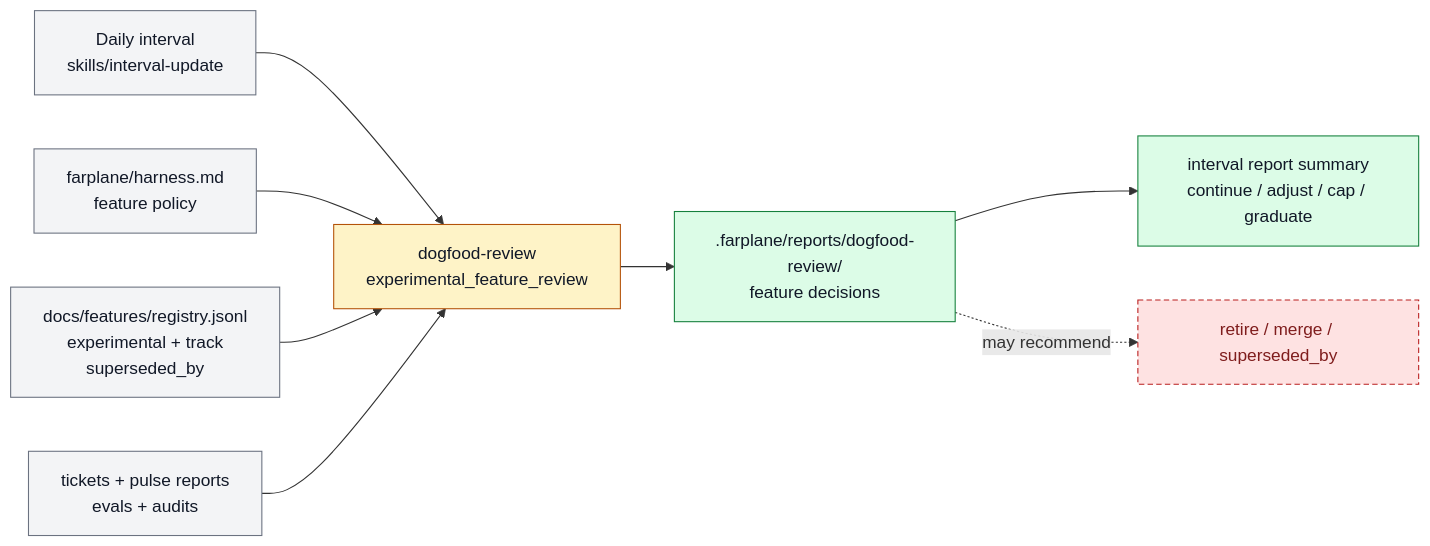
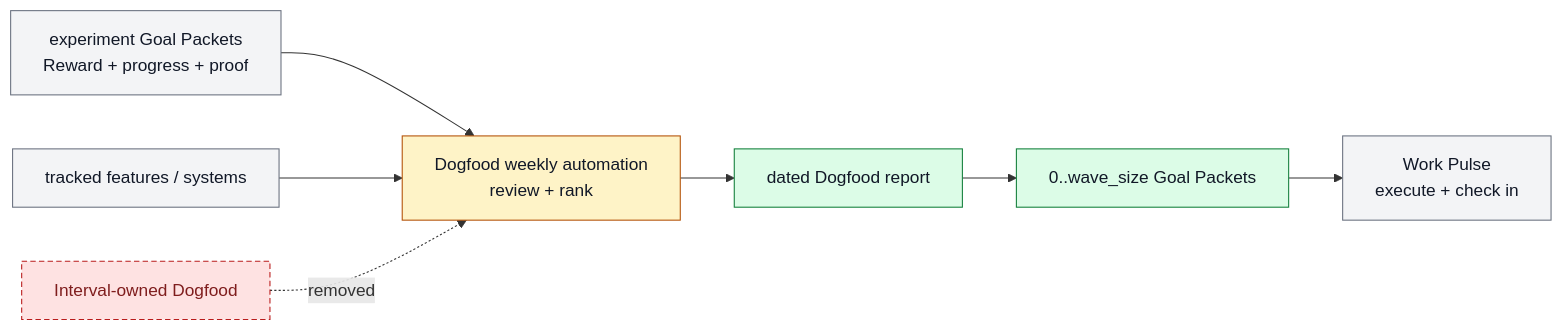
Before and after one commit to ZanarkandTechnologies/Farplane: the diagram in docs/features/FEAT-0070-experimental-feature-evaluation-reports.md, drawn with Mermaid. The commit also changed other lines of this file and 84 other files, not shown here.

Commit message:
refactor(automation): split pulse reporting and improvement lanes

````diff
--- a/docs/features/FEAT-0070-experimental-feature-evaluation-reports.md
+++ b/docs/features/FEAT-0070-experimental-feature-evaluation-reports.md
@@ -111,24 +123,20 @@
 ```mermaid
 flowchart LR
   classDef keep fill:#f3f4f6,stroke:#6b7280,color:#111827
   classDef changed fill:#fef3c7,stroke:#b45309,color:#111827
   classDef added fill:#dcfce7,stroke:#15803d,color:#111827
   classDef retired fill:#fee2e2,stroke:#b91c1c,color:#7f1d1d,stroke-dasharray: 5 3
 
-  daily["Daily interval<br/>skills/interval-update"]:::keep
-  dogfood["dogfood-review<br/>experimental_feature_review"]:::changed
-  policy["farplane/harness.md<br/>feature policy"]:::keep
-  registry["docs/features/registry.jsonl<br/>experimental + track<br/>superseded_by"]:::keep
-  evidence["tickets + pulse reports<br/>evals + audits"]:::keep
-  report[".farplane/reports/dogfood-review/<br/>feature decisions"]:::added
-  guidance["interval report summary<br/>continue / adjust / cap / graduate"]:::added
-  retiredFeature["retire / merge / superseded_by"]:::retired
+  experiments["experiment Goal Packets<br/>Reward + progress + proof"]:::keep
+  registry["tracked features / systems"]:::keep
+  dogfood["Dogfood weekly automation<br/>review + rank"]:::changed
+  report["dated Dogfood report"]:::added
+  packet["0..wave_size Goal Packets"]:::added
+  pulse["Work Pulse<br/>execute + check in"]:::keep
+  interval["Interval-owned Dogfood"]:::retired
 
-  daily --> dogfood
-  policy --> dogfood
+  experiments --> dogfood
   registry --> dogfood
-  evidence --> dogfood
-  dogfood --> report
-  report --> guidance
-  report -. may recommend .-> retiredFeature
+  dogfood --> report --> packet --> pulse
+  interval -. removed .-> dogfood
 ```
````
